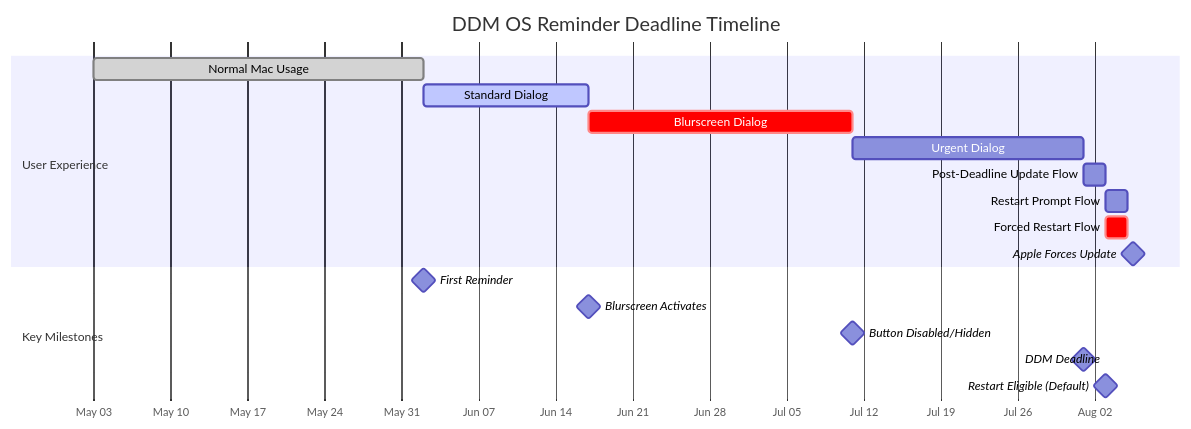
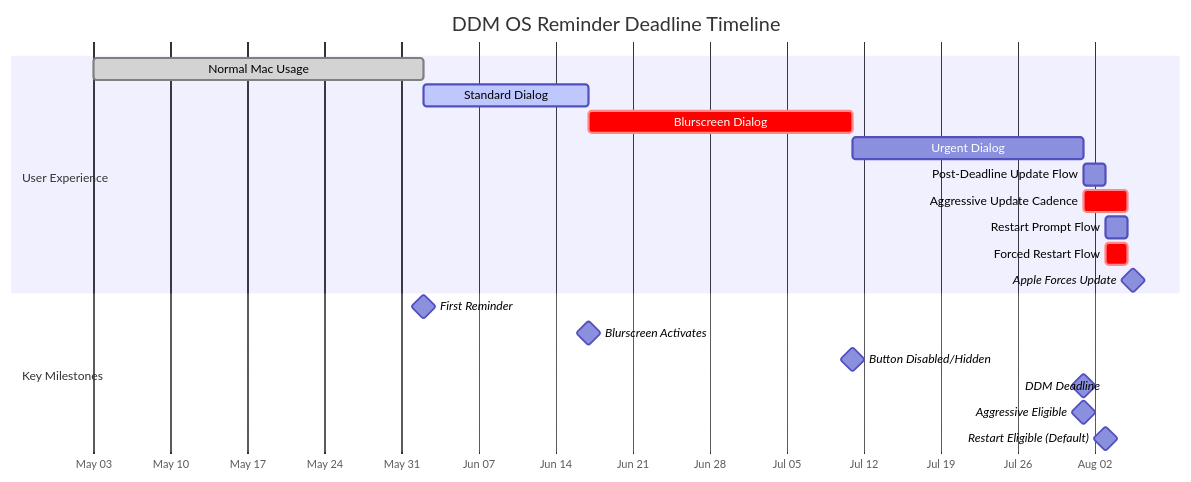
The diagram in Diagrams/03-deadline-timeline.md (dan-snelson/DDM-OS-Reminder), drawn with Mermaid before and after one commit. The commit also changed other lines of this file and 28 other files, not shown here.

````diff
--- a/Diagrams/03-deadline-timeline.md
+++ b/Diagrams/03-deadline-timeline.md
@@ -5,23 +5,25 @@
 ```mermaid
 gantt
     title DDM OS Reminder Deadline Timeline
     dateFormat YYYY-MM-DD
     axisFormat %b %d
 
     section User Experience
     Normal Mac Usage            :done, normal, 2026-05-03, 30d
     Standard Dialog             :active, standard, 2026-06-02, 15d
     Blurscreen Dialog           :crit, blur, 2026-06-17, 24d
     Urgent Dialog               :urgent, 2026-07-11, 21d
     Post-Deadline Update Flow   :postupdate, 2026-08-01, 2d
+    Aggressive Update Cadence   :crit, postagg, 2026-08-01, 4d
     Restart Prompt Flow         :postprompt, 2026-08-03, 2d
     Forced Restart Flow         :crit, postforce, 2026-08-03, 2d
     Apple Forces Update         :milestone, force, 2026-08-05, 1d
 
     section Key Milestones
     First Reminder              :milestone, m1, 2026-06-02, 0d
     Blurscreen Activates        :milestone, m2, 2026-06-17, 0d
     Button Disabled/Hidden      :milestone, m3, 2026-07-11, 0d
     DDM Deadline                :milestone, m4, 2026-08-01, 0d
+    Aggressive Eligible         :milestone, m4a, 2026-08-01, 0d
     Restart Eligible (Default)  :milestone, m5, 2026-08-03, 0d
 ```
````
